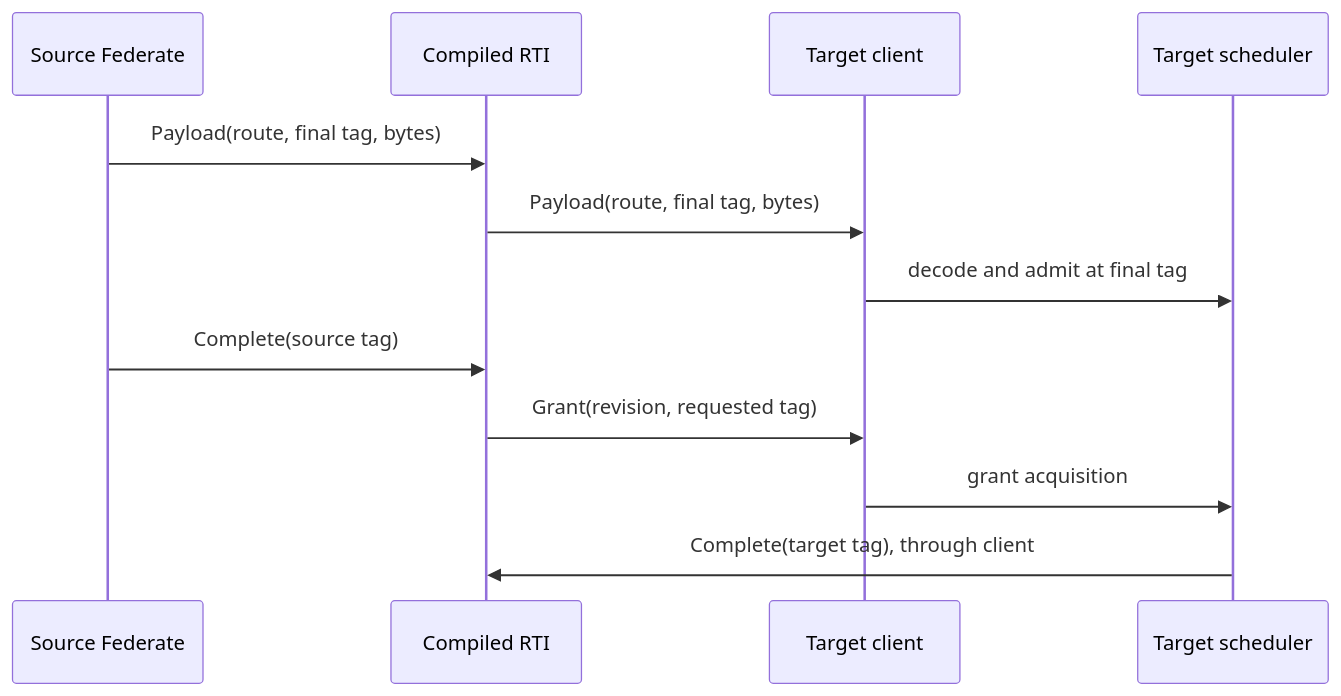
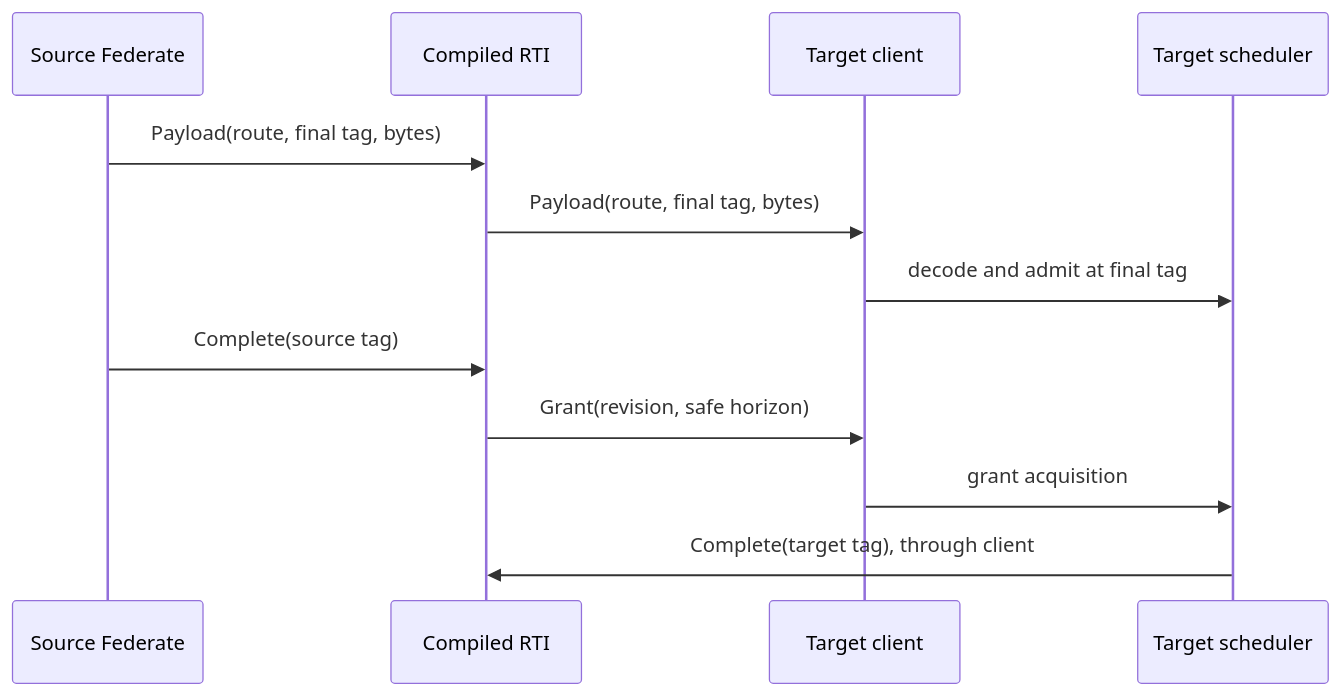
Before and after one commit to jondo2010/boomerang: the diagram in docs/federated-protocol.md, drawn with Mermaid. The commit also changed other lines of this file and 22 other files, not shown here.

````diff
--- a/docs/federated-protocol.md
+++ b/docs/federated-protocol.md
@@ -159,14 +170,14 @@
 ```mermaid
 sequenceDiagram
     participant S as Source Federate
     participant R as Compiled RTI
     participant C as Target client
     participant T as Target scheduler
     S->>R: Payload(route, final tag, bytes)
     R->>C: Payload(route, final tag, bytes)
     C->>T: decode and admit at final tag
     S->>R: Complete(source tag)
-    R->>C: Grant(revision, requested tag)
+    R->>C: Grant(revision, safe horizon)
     C->>T: grant acquisition
     T->>R: Complete(target tag), through client
 ```
````
